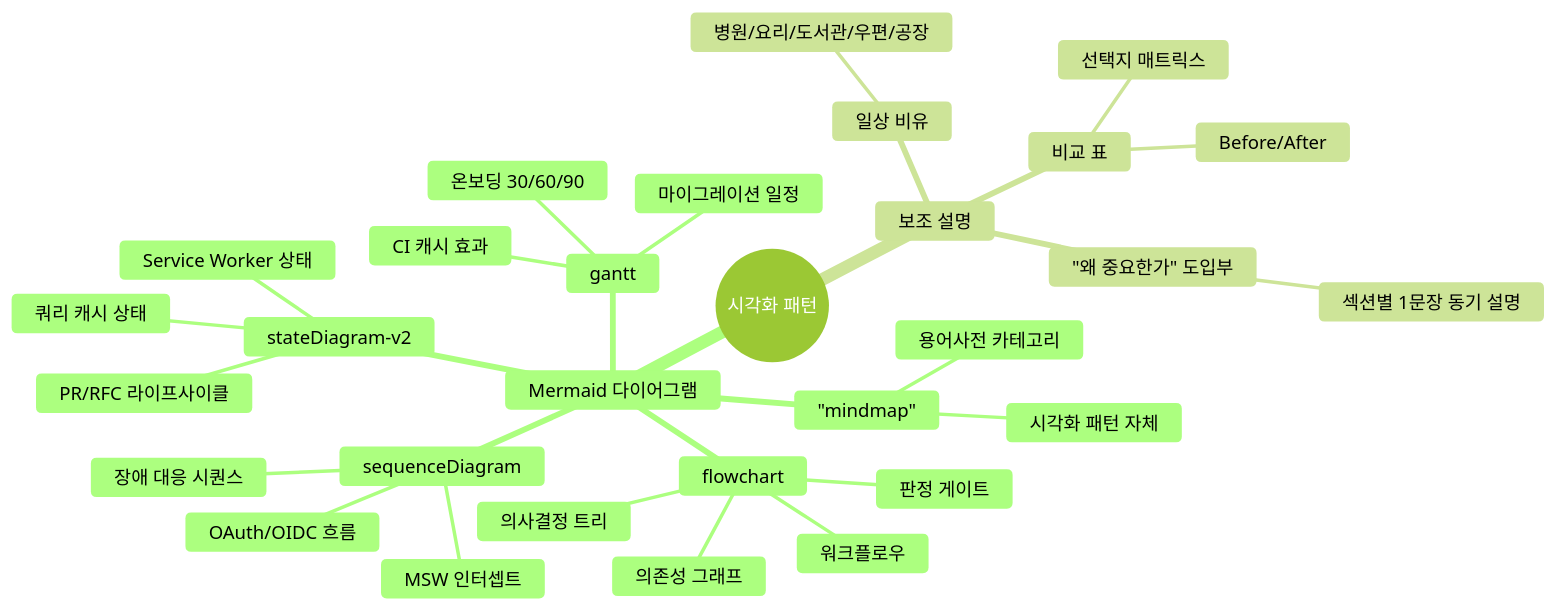
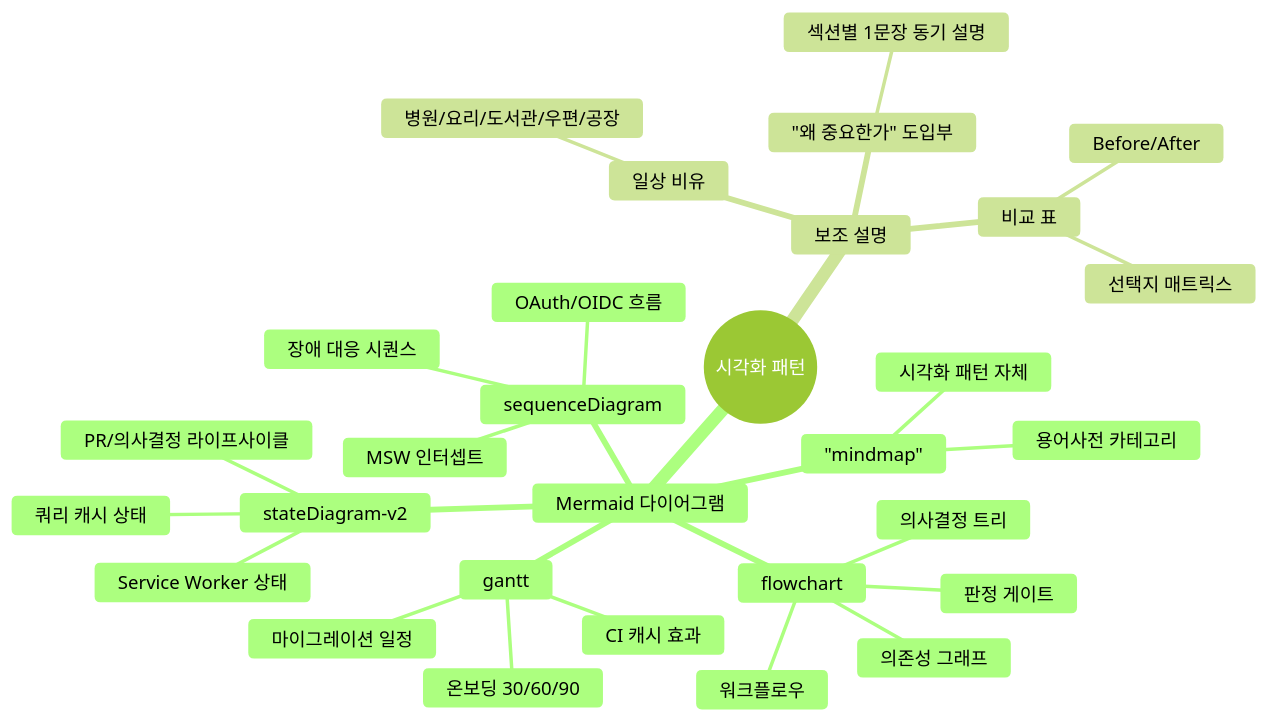
One commit to blue45f/heejun changed the second of 4 diagrams in README.md. Above: the diagram before and after it, drawn with Mermaid (forest theme). The commit also changed other lines of this file and 23 other files, not shown here.

````diff
--- a/README.md
+++ b/README.md
@@ -48,33 +48,33 @@
 ```mermaid
 mindmap
   root((시각화 패턴))
     Mermaid 다이어그램
       flowchart
         의사결정 트리
         판정 게이트
         워크플로우
         의존성 그래프
       sequenceDiagram
         OAuth/OIDC 흐름
         MSW 인터셉트
         장애 대응 시퀀스
       stateDiagram-v2
-        PR/RFC 라이프사이클
+        PR/의사결정 라이프사이클
         Service Worker 상태
         쿼리 캐시 상태
       gantt
         온보딩 30/60/90
         마이그레이션 일정
         CI 캐시 효과
       "mindmap"
         용어사전 카테고리
         시각화 패턴 자체
     보조 설명
       일상 비유
         병원/요리/도서관/우편/공장
       "왜 중요한가" 도입부
         섹션별 1문장 동기 설명
       비교 표
         Before/After
         선택지 매트릭스
 ```
````
